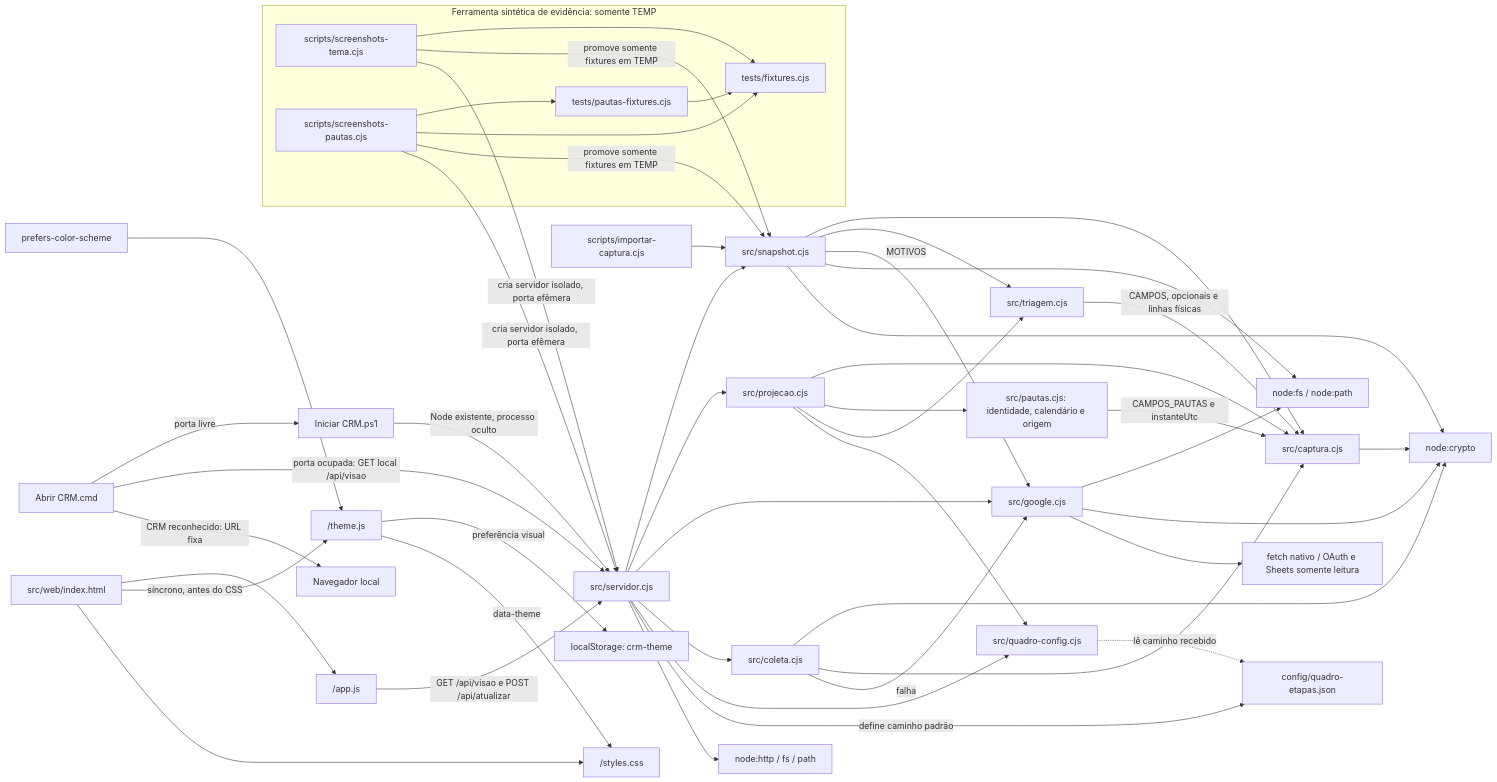
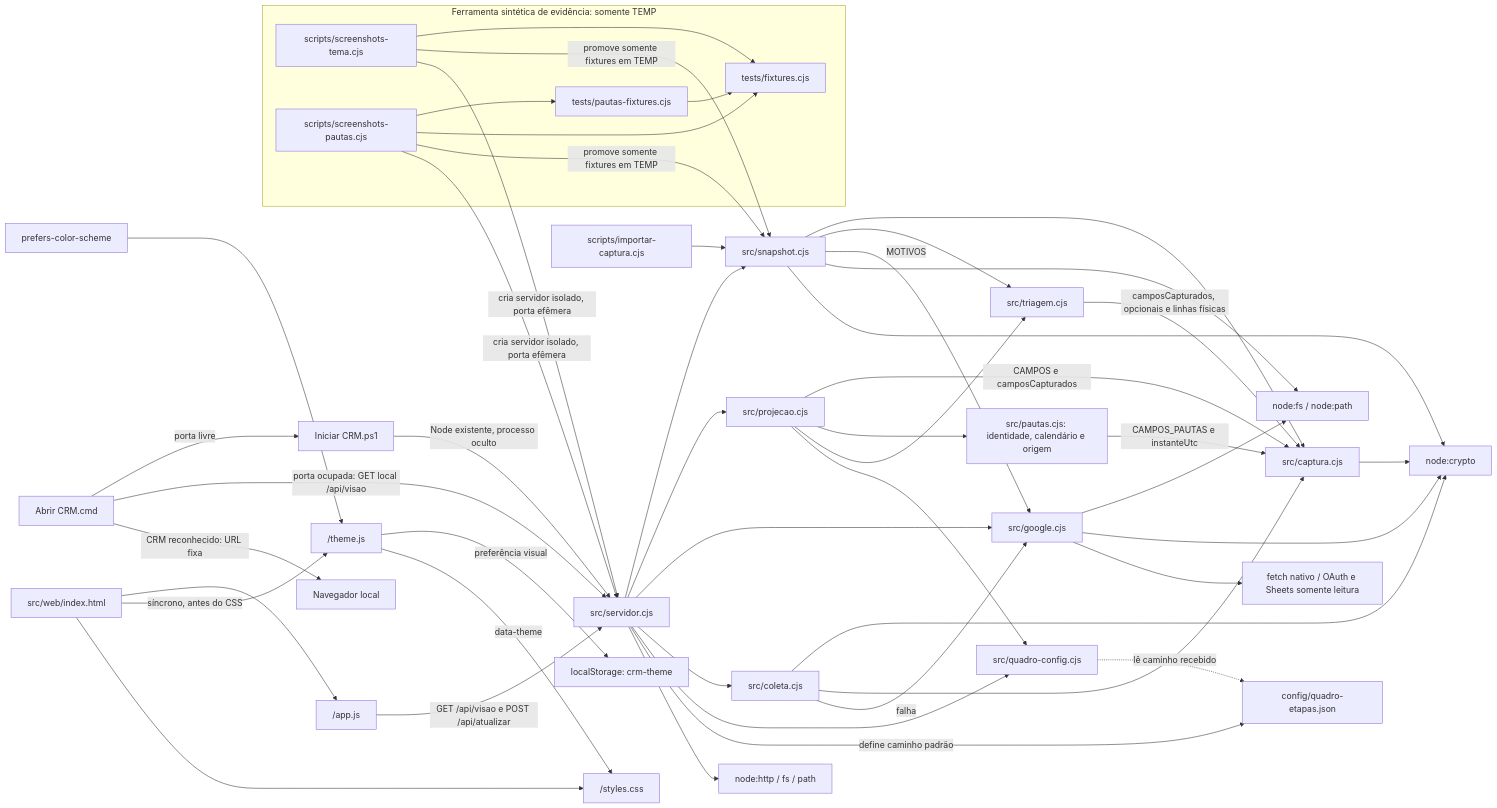
The first of 5 diagrams in docs/architecture.md (Browsher/crm-social), drawn with Mermaid before and after one commit. The commit also changed other lines of this file and 38 other files, not shown here.

````diff
--- a/docs/architecture.md
+++ b/docs/architecture.md
@@ -9,51 +11,51 @@
 ```mermaid
 flowchart LR
   Abrir["Abrir CRM.cmd"] -->|porta livre| Iniciador
   Abrir -->|porta ocupada: GET local /api/visao| Server
   Abrir -->|CRM reconhecido: URL fixa| Navegador[Navegador local]
   Iniciador["Iniciar CRM.ps1"] -->|Node existente, processo oculto| Server
   CLI["scripts/importar-captura.cjs"] --> Snapshot["src/snapshot.cjs"]
   subgraph Evidencia["Ferramenta sintética de evidência: somente TEMP"]
     Screenshots["scripts/screenshots-tema.cjs"] --> Fixtures["tests/fixtures.cjs"]
     ScreenshotsPautas["scripts/screenshots-pautas.cjs"] --> FixturesPautas["tests/pautas-fixtures.cjs"]
     ScreenshotsPautas --> Fixtures
     FixturesPautas --> Fixtures
   end
   Screenshots -->|promove somente fixtures em TEMP| Snapshot
   Screenshots -->|cria servidor isolado, porta efêmera| Server
   ScreenshotsPautas -->|promove somente fixtures em TEMP| Snapshot
   ScreenshotsPautas -->|cria servidor isolado, porta efêmera| Server
   Snapshot --> Captura["src/captura.cjs"]
   Snapshot --> Triagem["src/triagem.cjs"]
   Server["src/servidor.cjs"] --> Snapshot
   Server --> Projecao["src/projecao.cjs"]
   Server --> Google["src/google.cjs"]
   Server --> Coleta["src/coleta.cjs"]
   Snapshot -->|MOTIVOS| Google
   Coleta --> Crypto
   Coleta --> Captura
   Coleta -->|falha| Google
   Google --> FS
   Google --> Crypto
   Google --> Fetch["fetch nativo / OAuth e Sheets somente leitura"]
   Server --> Quadro["src/quadro-config.cjs"]
-  Projecao --> Captura
+  Projecao -->|CAMPOS e camposCapturados| Captura
   Projecao --> Pautas["src/pautas.cjs: identidade, calendário e origem"]
   Pautas -->|CAMPOS_PAUTAS e instanteUtc| Captura
   Projecao --> Triagem
-  Triagem -->|CAMPOS, opcionais e linhas físicas| Captura
+  Triagem -->|camposCapturados, opcionais e linhas físicas| Captura
   Projecao --> Quadro
   Server -->|define caminho padrão| Config["config/quadro-etapas.json"]
   Quadro -.->|lê caminho recebido| Config
   HTML["src/web/index.html"] --> JS["/app.js"]
   HTML -->|síncrono, antes do CSS| Theme["/theme.js"]
   Theme -->|preferência visual| Storage["localStorage: crm-theme"]
   System["prefers-color-scheme"] --> Theme
   Theme -->|data-theme| CSS
   HTML --> CSS["/styles.css"]
   JS -->|GET /api/visao e POST /api/atualizar| Server
   Snapshot --> FS["node:fs / node:path"]
   Captura --> Crypto["node:crypto"]
   Snapshot --> Crypto
   Server --> HTTP["node:http / fs / path"]
 ```
````
